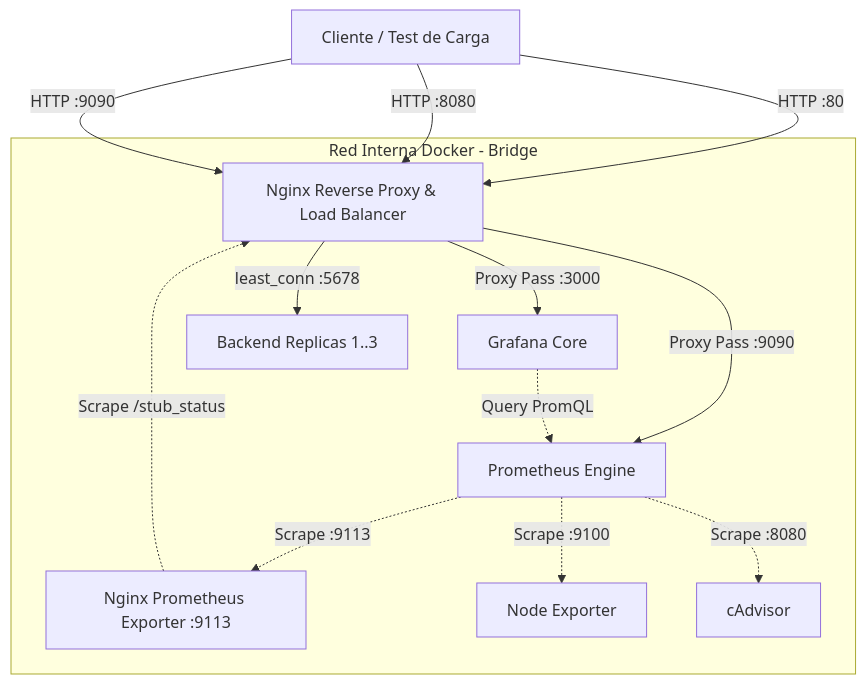
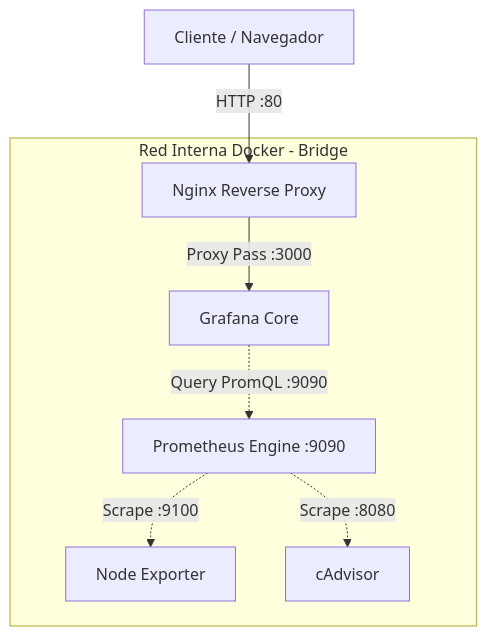
Before and after one commit to NehuenCacabelos/lab-monitoring: the diagram in README.md, drawn with Mermaid. The commit also changed other lines of this file, not shown here.

````diff
--- a/README.md
+++ b/README.md
@@ -31,19 +24,13 @@
 ```mermaid
 flowchart TD
-    Client[Cliente / Test de Carga] -->|HTTP :80| Nginx[Nginx Reverse Proxy & Load Balancer]
-    Client -->|HTTP :8080| Nginx
-    Client -->|HTTP :9090| Nginx
+    Client[Cliente / Navegador] -->|HTTP :80| Nginx[Nginx Reverse Proxy]
 
     subgraph Docker_Network [Red Interna Docker - Bridge]
         Nginx -->|Proxy Pass :3000| Grafana[Grafana Core]
-        Nginx -->|Proxy Pass :9090| Prometheus[Prometheus Engine]
-        Nginx -->|least_conn :5678| BackendCluster[Backend Replicas 1..3]
 
-        NginxExp[Nginx Prometheus Exporter :9113] -.->|Scrape /stub_status| Nginx
-        Prometheus -.->|Scrape :9113| NginxExp
-        Prometheus -.->|Scrape :9100| NE[Node Exporter]
+        Prometheus[Prometheus Engine :9090] -.->|Scrape :9100| NE[Node Exporter]
         Prometheus -.->|Scrape :8080| CA[cAdvisor]
 
-        Grafana -.->|Query PromQL| Prometheus
+        Grafana -.->|Query PromQL :9090| Prometheus
     end
 ```
````
